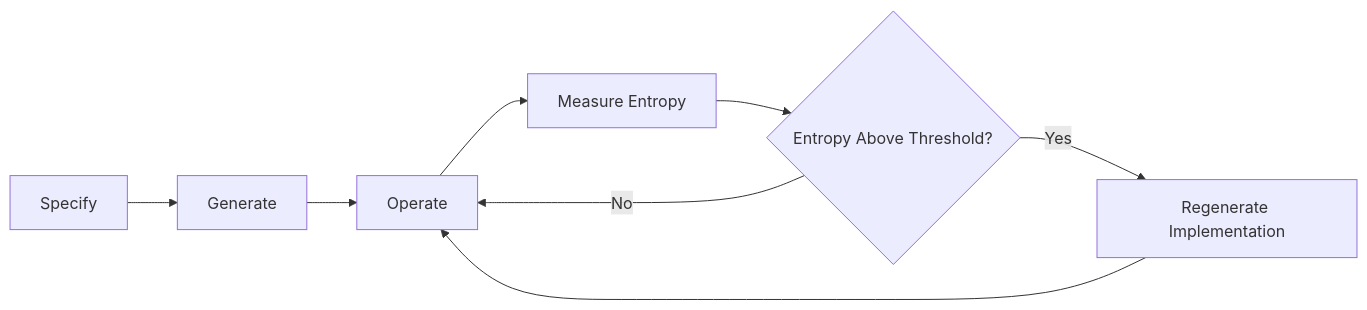
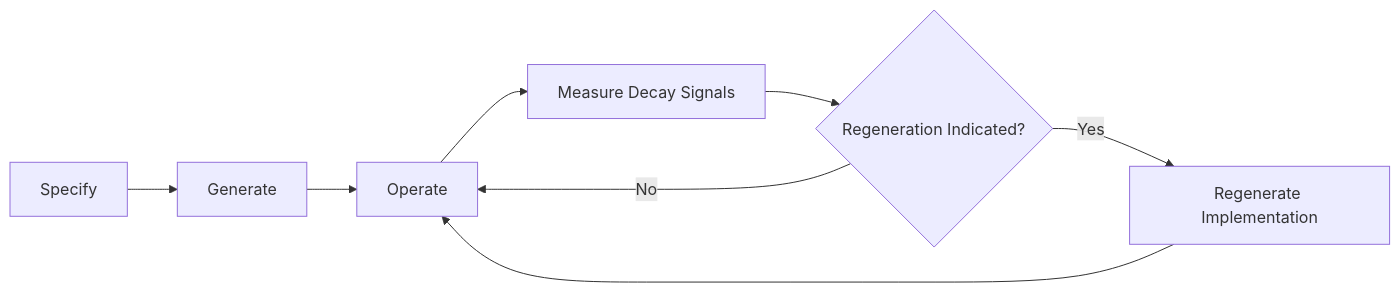
One commit to MilanStarcevic/regenerable-architecture changed the first of 4 diagrams in README.md. Above: the diagram before and after it, drawn with Mermaid. The commit also changed other lines of this file and 39 other files, not shown here.

````diff
--- a/README.md
+++ b/README.md
@@ -72,10 +80,10 @@
 ```mermaid
 flowchart LR
     A[Specify] --> B[Generate]
     B --> C[Operate]
-    C --> D[Measure Entropy]
-    D --> E{Entropy Above Threshold?}
+    C --> D[Measure Decay Signals]
+    D --> E{Regeneration Indicated?}
     E -- No --> C
     E -- Yes --> F[Regenerate Implementation]
     F --> C
 ```
````
